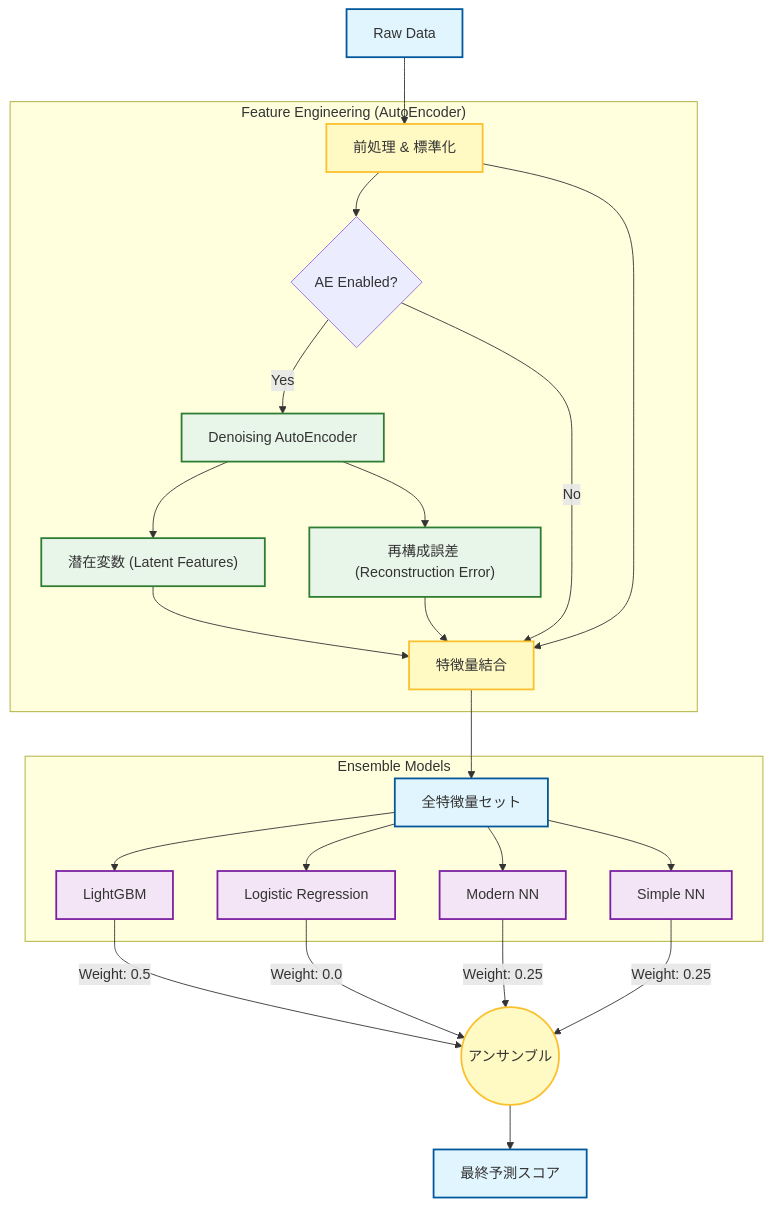
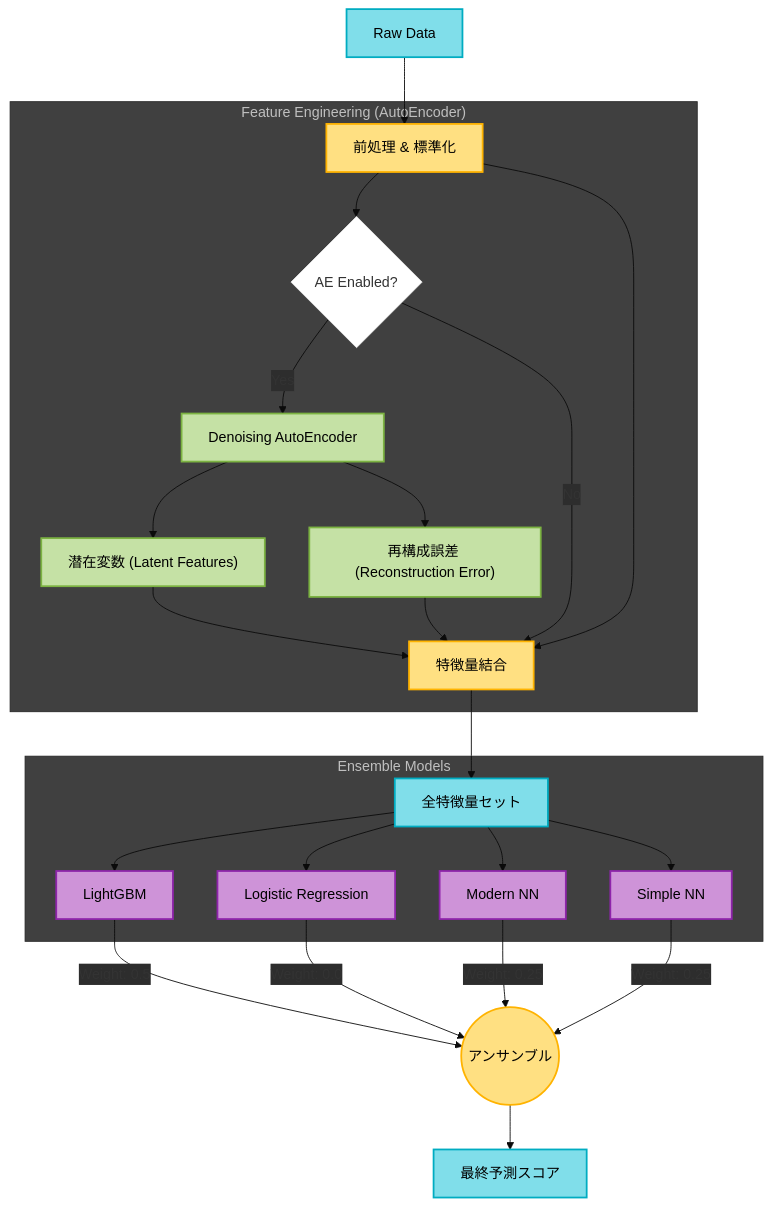
The diagram in README.md (souldrive7/stock_analysis), drawn with Mermaid before and after one commit.

Commit message:
Enhance Mermaid diagram styles and add dark mode support
Updated node style definitions in the Mermaid diagram for improved color contrast and added initial settings for dark mode support.

````diff
--- a/README.md
+++ b/README.md
@@ -17,36 +17,43 @@
 ```mermaid
 graph TD
-    %% ノードのスタイル定義
-    classDef data fill:#e1f5fe,stroke:#01579b,stroke-width:2px;
-    classDef process fill:#fff9c4,stroke:#fbc02d,stroke-width:2px;
-    classDef ae fill:#e8f5e9,stroke:#2e7d32,stroke-width:2px;
-    classDef model fill:#f3e5f5,stroke:#7b1fa2,stroke-width:2px;
+    %% ダークモード対応の初期設定
+    %%{init: {'theme': 'base', 'themeVariables': { 'primaryColor': '#ffffff', 'edgeLabelBackground':'#2d2d2d', 'tertiaryColor': '#404040'}}}%%
+
+    %% ノードのスタイル定義 (明るく鮮やかな配色に変更)
+    %% data: 明るいシアンブルー (文字色:黒)
+    classDef data fill:#80DEEA,stroke:#00ACC1,stroke-width:2px,color:#000000;
+    %% process: 明るいイエローオレンジ (文字色:黒)
+    classDef process fill:#FFE082,stroke:#FFB300,stroke-width:2px,color:#000000;
+    %% ae: 明るいライムグリーン (文字色:黒)
+    classDef ae fill:#C5E1A5,stroke:#7CB342,stroke-width:2px,color:#000000;
+    %% model: 明るいラベンダーパープル (文字色:黒)
+    classDef model fill:#CE93D8,stroke:#8E24AA,stroke-width:2px,color:#000000;
 
     Data[Raw Data]:::data --> Pre[前処理 & 標準化]:::process
     Pre --> Switch{AE Enabled?}
 
     subgraph "Feature Engineering (AutoEncoder)"
         Switch -- Yes --> AE[Denoising AutoEncoder]:::ae
         AE --> Latent["潜在変数 (Latent Features)"]:::ae
         AE --> Recon["再構成誤差 (Reconstruction Error)"]:::ae
         Latent & Recon --> Concat[特徴量結合]:::process
         Switch -- No --> Concat
         Pre --> Concat
     end
 
     Concat --> Features[全特徴量セット]:::data
 
     subgraph "Ensemble Models"
         Features --> LGBM[LightGBM]:::model
         Features --> Logit[Logistic Regression]:::model
         Features --> M_NN[Modern NN]:::model
         Features --> S_NN[Simple NN]:::model
     end
 
     LGBM -->|Weight: 0.5| Ens((アンサンブル)):::process
     Logit -->|Weight: 0.0| Ens
     M_NN -->|Weight: 0.25| Ens
     S_NN -->|Weight: 0.25| Ens
 
     Ens --> Result[最終予測スコア]:::data
 ```
````
